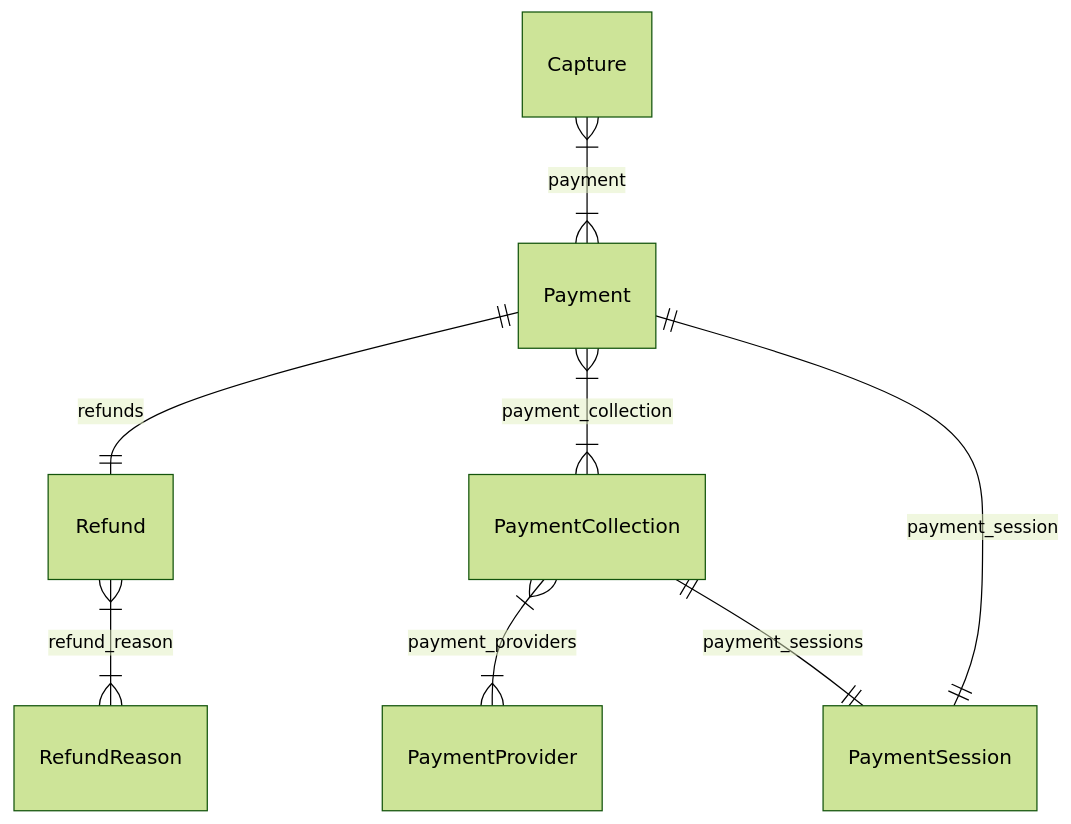
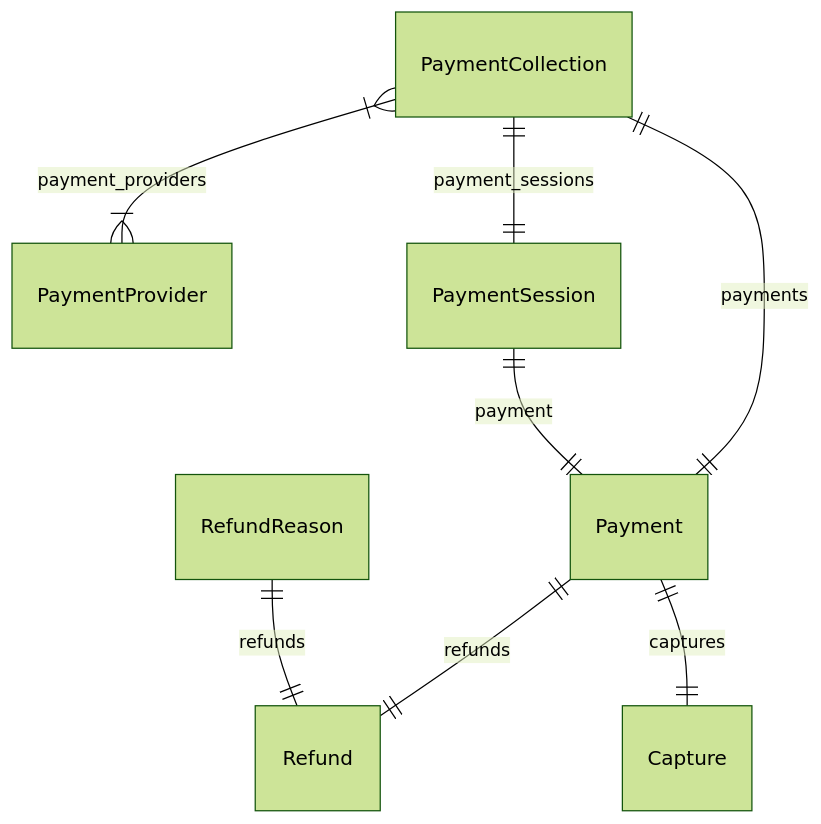
One commit to zaaakher/medusa changed the diagram in www/apps/resources/references/modules/payment_models/page.mdx. Above: the diagram before and after it, drawn with Mermaid (forest theme). The commit also changed other lines of this file and 195 other files, not shown here.

````diff
--- a/www/apps/resources/references/modules/payment_models/page.mdx
+++ b/www/apps/resources/references/modules/payment_models/page.mdx
@@ -14,11 +14,11 @@
 ```mermaid
 erDiagram
-	Capture }|--|{ Payment : payment
 	Payment ||--|| Refund : refunds
-	Payment }|--|{ PaymentCollection : payment_collection
-	Payment ||--|| PaymentSession : payment_session
+	Payment ||--|| Capture : captures
 	PaymentCollection }|--|{ PaymentProvider : payment_providers
 	PaymentCollection ||--|| PaymentSession : payment_sessions
-	Refund }|--|{ RefundReason : refund_reason
+	PaymentCollection ||--|| Payment : payments
+	PaymentSession ||--|| Payment : payment
+	RefundReason ||--|| Refund : refunds
 
 ```
````
